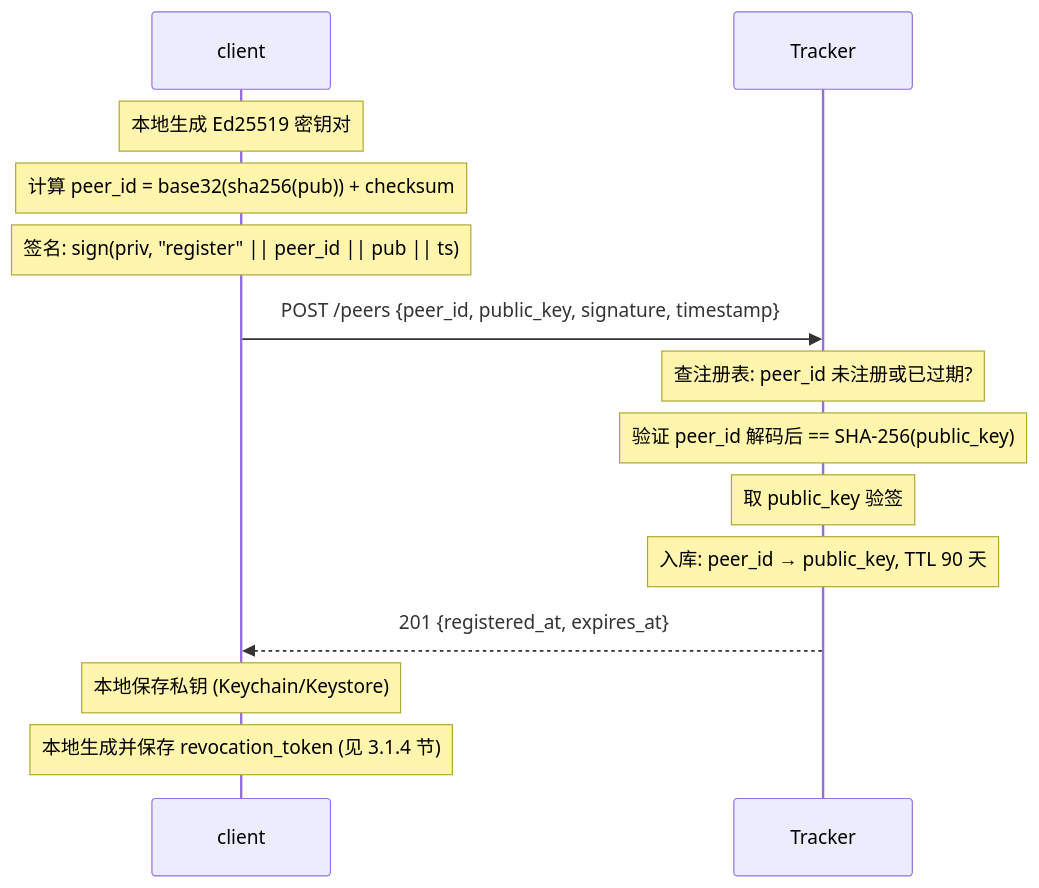
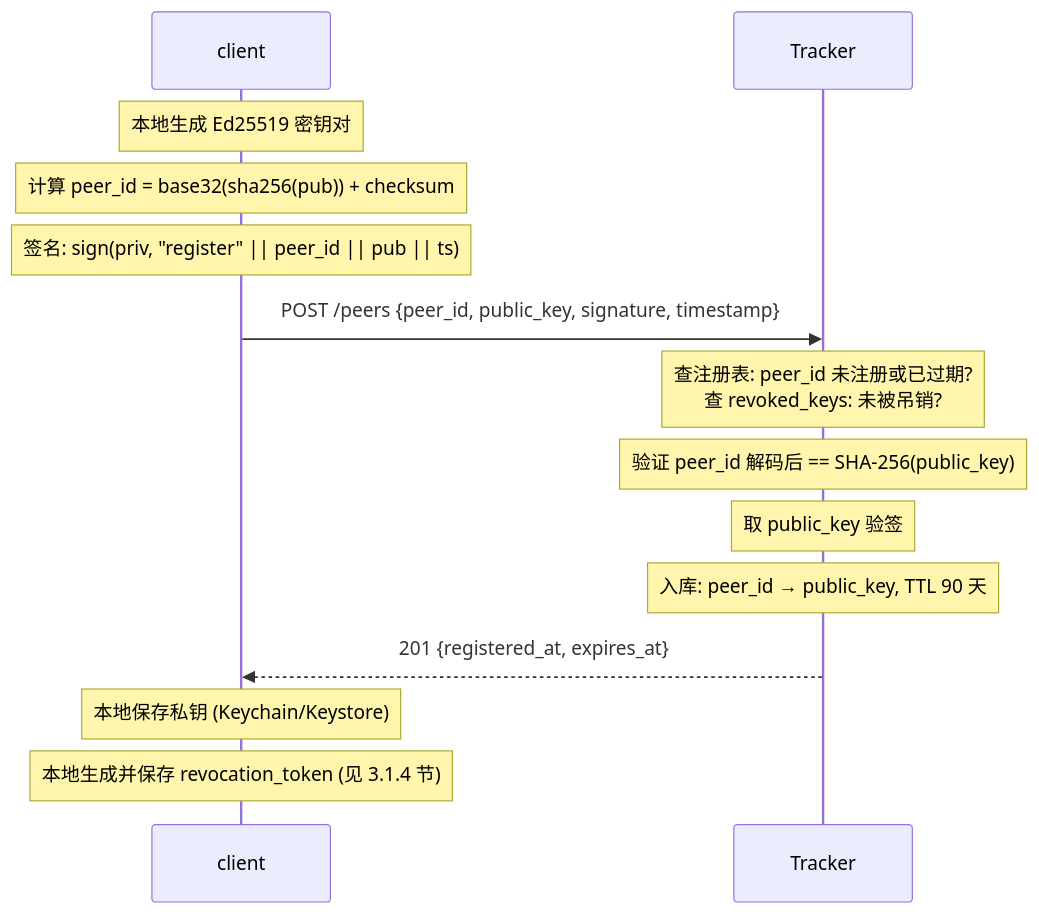
One commit to mivinci/p2p changed the second of 15 diagrams in docs/design/p2p-technical.md. Above: the diagram before and after it, drawn with Mermaid. The commit also changed other lines of this file and 1 other file, not shown here.

````diff
--- a/docs/design/p2p-technical.md
+++ b/docs/design/p2p-technical.md
@@ -413,17 +457,17 @@
 ```mermaid
 sequenceDiagram
     participant C as client
     participant T as Tracker
 
     Note over C: 本地生成 Ed25519 密钥对
     Note over C: 计算 peer_id = base32(sha256(pub)) + checksum
     Note over C: 签名: sign(priv, "register" || peer_id || pub || ts)
     C->>T: POST /peers {peer_id, public_key, signature, timestamp}
-    Note over T: 查注册表: peer_id 未注册或已过期?
+    Note over T: 查注册表: peer_id 未注册或已过期?<br/>查 revoked_keys: 未被吊销?
     Note over T: 验证 peer_id 解码后 == SHA-256(public_key)
     Note over T: 取 public_key 验签
     Note over T: 入库: peer_id → public_key, TTL 90 天
     T-->>C: 201 {registered_at, expires_at}
     Note over C: 本地保存私钥 (Keychain/Keystore)
     Note over C: 本地生成并保存 revocation_token (见 3.1.4 节)
 ```
````
